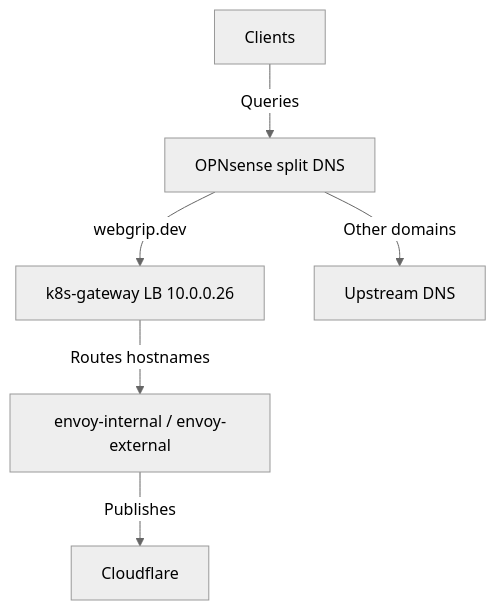
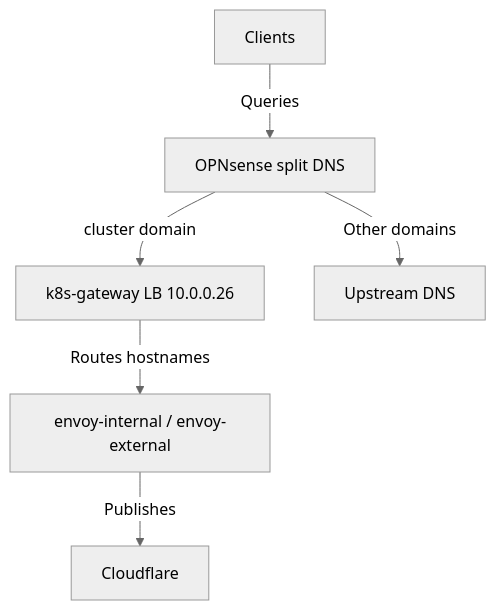
One commit to webgrip/homelab-cluster changed the second of 2 diagrams in docs/techdocs/docs/index.md. Above: the diagram before and after it, drawn with Mermaid (neutral theme). The commit also changed other lines of this file and 41 other files, not shown here.

````diff
--- a/docs/techdocs/docs/index.md
+++ b/docs/techdocs/docs/index.md
@@ -98,8 +94,8 @@
 ```mermaid
 graph TD
 	Clients -->|Queries| Router[OPNsense split DNS]
-	Router -->|webgrip.dev| K8sGW[k8s-gateway LB 10.0.0.26]
+	Router -->|cluster domain| K8sGW[k8s-gateway LB 10.0.0.26]
 	Router -->|Other domains| WAN[Upstream DNS]
 	K8sGW -->|Routes hostnames| Envoy[envoy-internal / envoy-external]
 	Envoy -->|Publishes| Cloudflare
 ```
````
